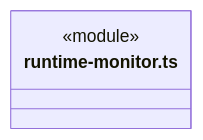
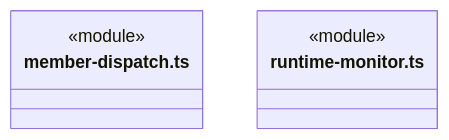
Before and after one commit to nan023062/cbim: the third of 8 diagrams in src/backend/main/ARCHITECTURE.md, drawn with Mermaid. The commit also changed other lines of this file and 47 other files, not shown here.

````diff
--- a/src/backend/main/ARCHITECTURE.md
+++ b/src/backend/main/ARCHITECTURE.md
@@ -84,6 +84,9 @@
 ```mermaid
 classDiagram
+class N_src_backend_main_member_dispatch_ts["member-dispatch.ts"] {
+  <<module>>
+}
 class N_src_backend_main_runtime_monitor_ts["runtime-monitor.ts"] {
   <<module>>
 }
 ```
````
